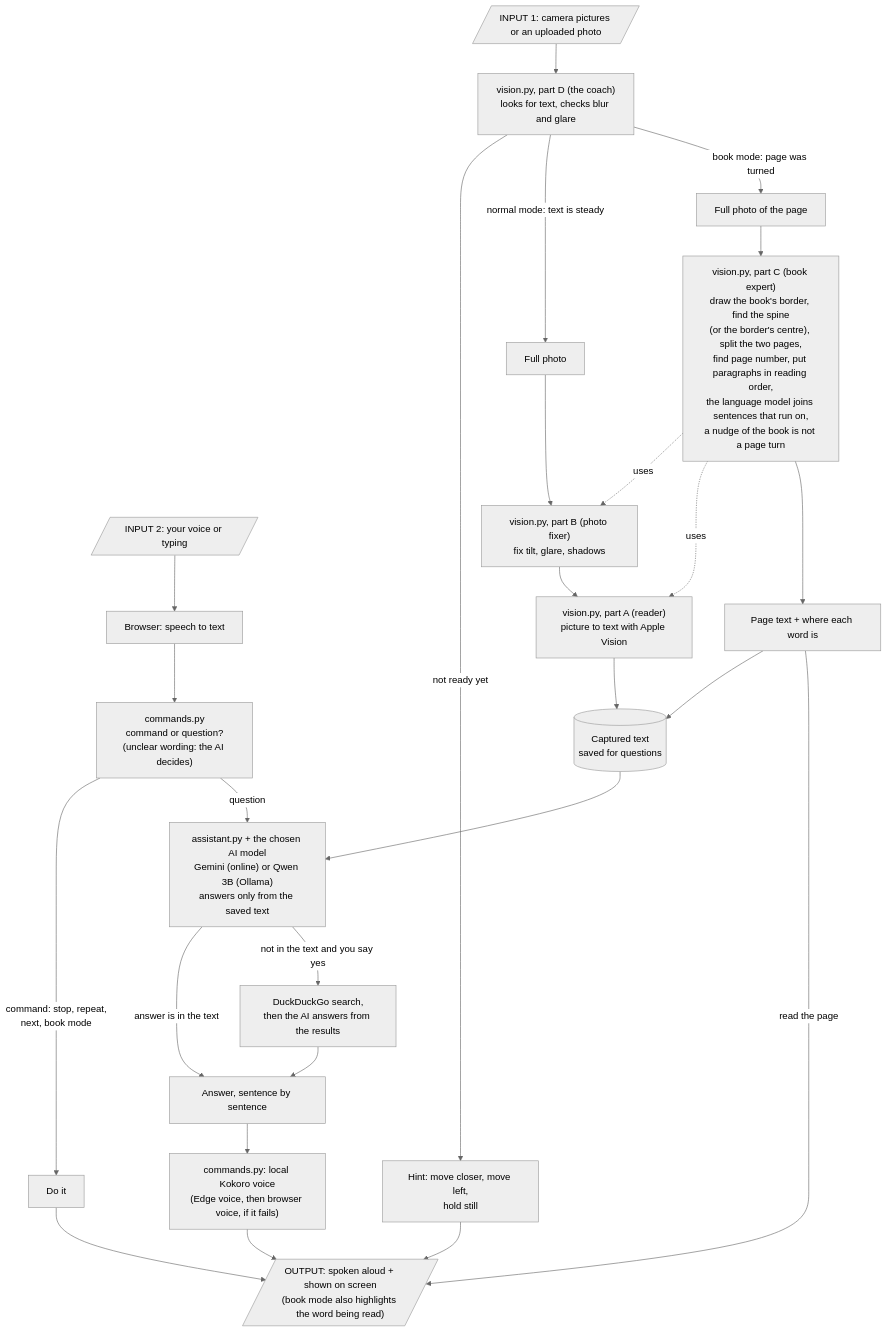
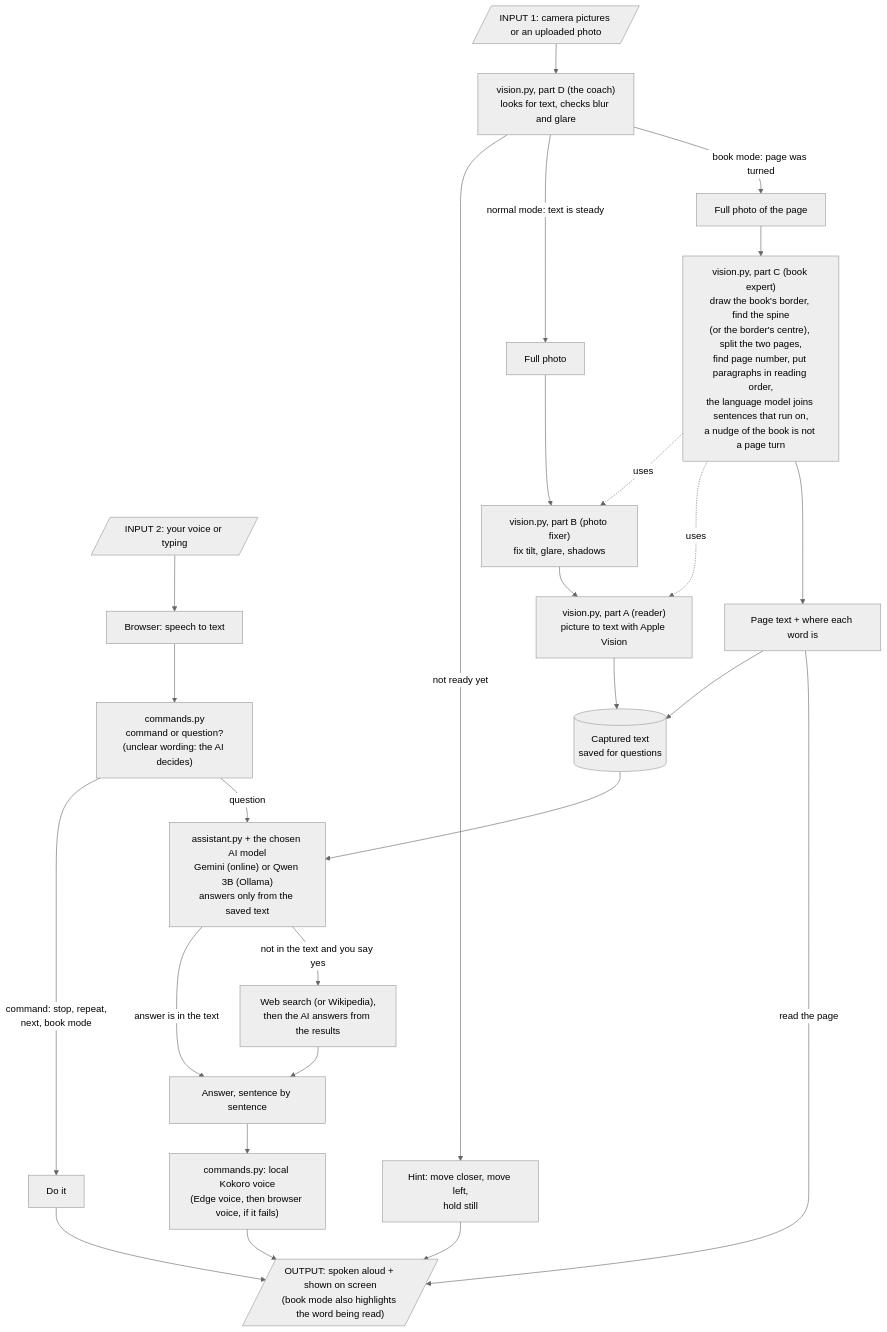
Before and after one commit to neerajprao/Helping_Eyes: the diagram in markdown/working.md, drawn with Mermaid (neutral theme). The commit also changed other lines of this file and 14 other files, not shown here.

````diff
--- a/markdown/working.md
+++ b/markdown/working.md
@@ -98,36 +98,36 @@
 ```mermaid
 flowchart TD
     CAM[/"INPUT 1: camera pictures or an uploaded photo"/]
     VOICE[/"INPUT 2: your voice or typing"/]
 
     CAM --> COACH["vision.py, part D (the coach)<br/>looks for text, checks blur and glare"]
     COACH -->|not ready yet| HINT["Hint: move closer, move left,<br/>hold still"]
     COACH -->|normal mode: text is steady| PHOTO["Full photo"]
     COACH -->|book mode: page was turned| BOOKPHOTO["Full photo of the page"]
 
     PHOTO --> FIX["vision.py, part B (photo fixer)<br/>fix tilt, glare, shadows"]
     FIX --> READ["vision.py, part A (reader)<br/>picture to text with Apple Vision"]
     READ --> SAVED[("Captured text<br/>saved for questions")]
 
     BOOKPHOTO --> BOOK["vision.py, part C (book expert)<br/>draw the book's border, find the spine<br/>(or the border's centre), split the two pages,<br/>find page number, put paragraphs in reading order,<br/>the language model joins sentences that run on,<br/>a nudge of the book is not a page turn"]
     BOOK -.uses.-> FIX
     BOOK -.uses.-> READ
     BOOK --> PAGE["Page text + where each word is"]
     PAGE --> SAVED
 
     VOICE --> STT["Browser: speech to text"]
     STT --> CMD["commands.py<br/>command or question?<br/>(unclear wording: the AI decides)"]
     CMD -->|command: stop, repeat,<br/>next, book mode| ACT["Do it"]
     CMD -->|question| AI["assistant.py + the chosen AI model<br/>Gemini (online) or Qwen 3B (Ollama)<br/>answers only from the saved text"]
     SAVED --> AI
     AI -->|answer is in the text| ANSWER["Answer, sentence by sentence"]
-    AI -->|not in the text and you say yes| WEB["DuckDuckGo search,<br/>then the AI answers from the results"]
+    AI -->|not in the text and you say yes| WEB["Web search (or Wikipedia),<br/>then the AI answers from the results"]
     WEB --> ANSWER
 
     ANSWER --> VOICEOUT["commands.py: local Kokoro voice<br/>(Edge voice, then browser voice, if it fails)"]
     VOICEOUT --> OUT
     HINT --> OUT
     ACT --> OUT
     PAGE -->|read the page| OUT
     OUT[/"OUTPUT: spoken aloud + shown on screen<br/>(book mode also highlights the word being read)"/]
 ```
````
